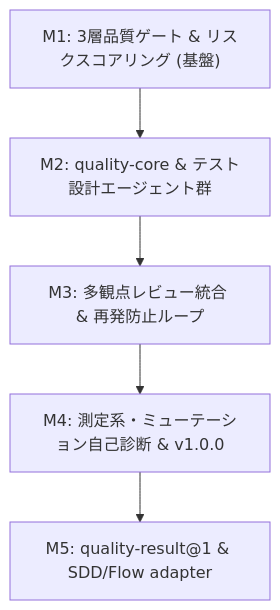
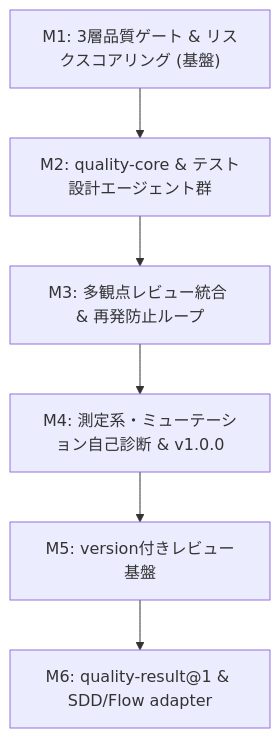
The diagram in plugins/bitz-quality/.spec/ROADMAP.md (BitzLabs/BitzSkills), drawn with Mermaid before and after one commit. The commit also changed other lines of this file and 76 other files, not shown here.

````diff
--- a/plugins/bitz-quality/.spec/ROADMAP.md
+++ b/plugins/bitz-quality/.spec/ROADMAP.md
@@ -17,7 +17,8 @@
 ```mermaid
 graph TD
     M1["M1: 3層品質ゲート & リスクスコアリング (基盤)"] --> M2["M2: quality-core & テスト設計エージェント群"]
     M2 --> M3["M3: 多観点レビュー統合 & 再発防止ループ"]
     M3 --> M4["M4: 測定系・ミューテーション自己診断 & v1.0.0"]
-    M4 --> M5["M5: quality-result@1 & SDD/Flow adapter"]
+    M4 --> M5["M5: version付きレビュー基盤"]
+    M5 --> M6["M6: quality-result@1 & SDD/Flow adapter"]
 ```
````
